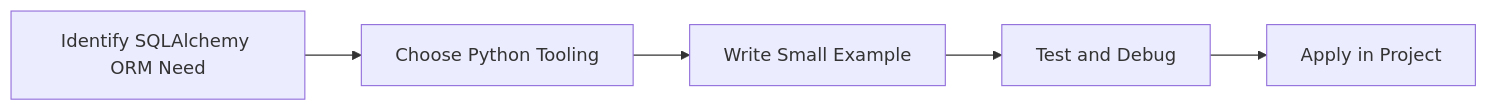
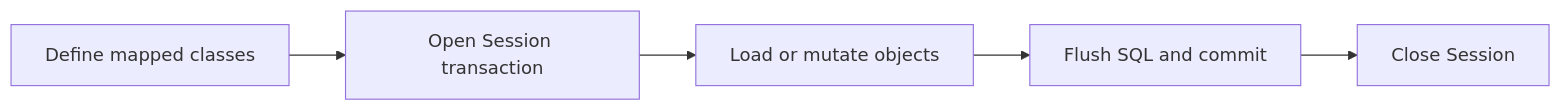
One commit to SYMOIZ/E-Learning-Portal changed the diagram in Python-Mastery/Intermediate/30-sqlalchemy-orm.md. Above: the diagram before and after it, drawn with Mermaid. The commit also changed other lines of this file and 116 other files, not shown here.

````diff
--- a/Python-Mastery/Intermediate/30-sqlalchemy-orm.md
+++ b/Python-Mastery/Intermediate/30-sqlalchemy-orm.md
@@ -138,7 +181,7 @@
 ```mermaid
 flowchart LR
-    A[Identify SQLAlchemy ORM Need] --> B[Choose Python Tooling]
-    B --> C[Write Small Example]
-    C --> D[Test and Debug]
-    D --> E[Apply in Project]
+    A[Define mapped classes] --> B[Open Session transaction]
+    B --> C[Load or mutate objects]
+    C --> D[Flush SQL and commit]
+    D --> E[Close Session]
 ```
````
